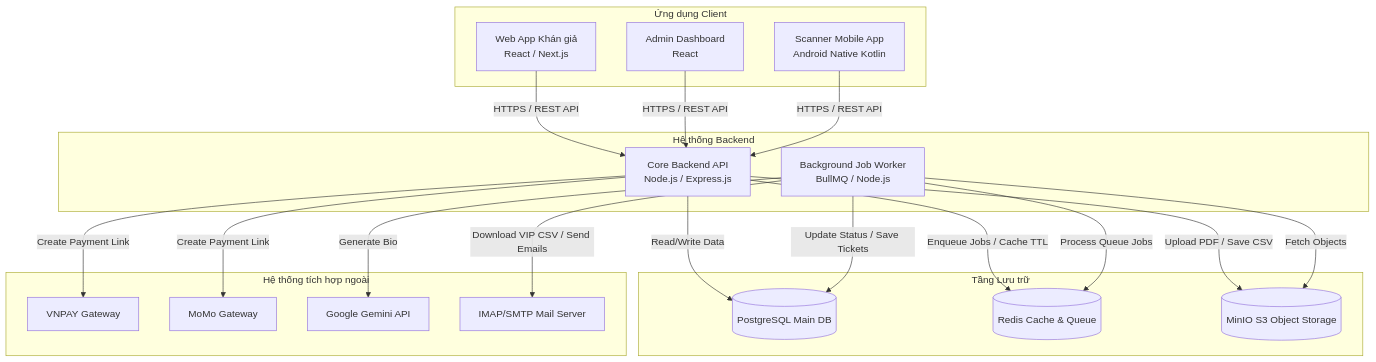
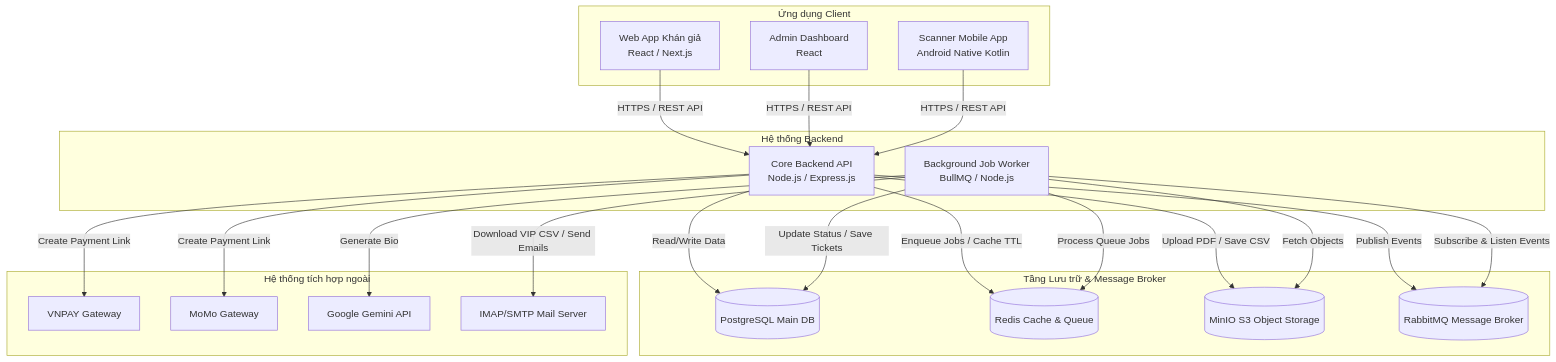
One commit to ninhbilly123/Ticket-Box changed the second of 6 diagrams in openspec/design.md. Above: the diagram before and after it, drawn with Mermaid. The commit also changed 3 other files, not shown here.

Commit message:
add: c4 diagram and high level diagram

````diff
--- a/openspec/design.md
+++ b/openspec/design.md
@@ -177,47 +177,50 @@
 ```mermaid
 graph TB
     subgraph Clients [Ứng dụng Client]
         CustomerApp[Web App Khán giả<br/>React / Next.js]
         AdminApp[Admin Dashboard<br/>React]
         ScannerApp[Scanner Mobile App<br/>Android Native Kotlin]
     end
 
     subgraph Backend [Hệ thống Backend]
         API[Core Backend API<br/>Node.js / Express.js]
         Worker[Background Job Worker<br/>BullMQ / Node.js]
     end
 
-    subgraph Storage [Tầng Lưu trữ]
+    subgraph Storage [Tầng Lưu trữ & Message Broker]
         Postgres[(PostgreSQL Main DB)]
         Redis[(Redis Cache & Queue)]
         MinIO[(MinIO S3 Object Storage)]
+        RabbitMQ[(RabbitMQ Message Broker)]
     end
 
     subgraph External [Hệ thống tích hợp ngoài]
         VNPAY[VNPAY Gateway]
         MoMo[MoMo Gateway]
         Gemini[Google Gemini API]
         MailServer[IMAP/SMTP Mail Server]
     end
 
     %% Client Interactions
     CustomerApp -->|HTTPS / REST API| API
     AdminApp -->|HTTPS / REST API| API
     ScannerApp -->|HTTPS / REST API| API
 
     %% API Interactions
     API -->|Read/Write Data| Postgres
     API -->|Enqueue Jobs / Cache TTL| Redis
     API -->|Upload PDF / Save CSV| MinIO
+    API -->|Publish Events| RabbitMQ
 
     %% Worker Interactions
     Worker -->|Process Queue Jobs| Redis
     Worker -->|Fetch Objects| MinIO
     Worker -->|Update Status / Save Tickets| Postgres
+    Worker -->|Subscribe & Listen Events| RabbitMQ
 
     %% External Connections
     API -->|Create Payment Link| VNPAY
     API -->|Create Payment Link| MoMo
     Worker -->|Generate Bio| Gemini
     Worker -->|Download VIP CSV / Send Emails| MailServer
 ```
````
